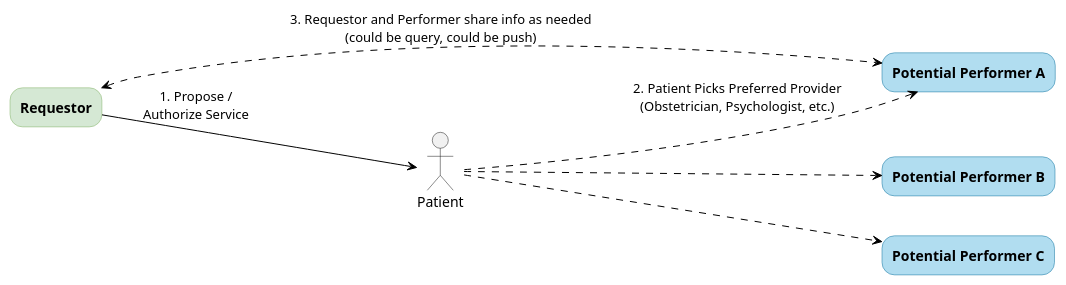
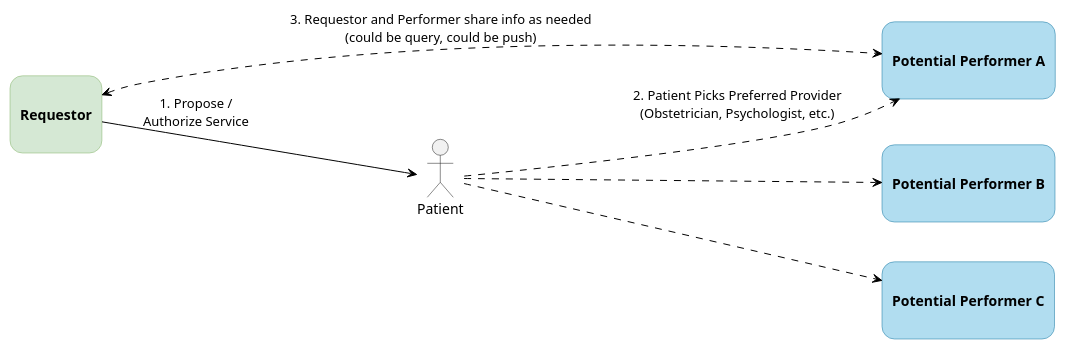
One commit to HL7/fhir-cow-ig changed the diagram in input/images-source/request-patient.plantuml. Above: the diagram before and after it, drawn with PlantUML. The commit also changed 5 other files, not shown here.

First line of the commit message:
Fulfiller Determination diagrams: taller boxes

```diff
--- a/input/images-source/request-patient.plantuml
+++ b/input/images-source/request-patient.plantuml
@@ -1,24 +1,24 @@
 @startuml request-patient
 skinparam svgDimensionStyle false
 skinparam defaultFontName Arial
 skinparam defaultTextAlignment center
 skinparam ArrowColor Black
 skinparam rectangle {
   RoundCorner 25
   FontStyle bold
 }
 skinparam nodesep 40
 skinparam ranksep 80
 left to right direction
 
-rectangle "Requestor" as PatR #d5e8d4;line:82b366
+rectangle "\nRequestor\n" as PatR #d5e8d4;line:82b366
 actor "Patient" as PatPt
-rectangle "Potential Performer A" as PatA #b1ddf0;line:10739e
-rectangle "Potential Performer B" as PatB #b1ddf0;line:10739e
-rectangle "Potential Performer C" as PatC #b1ddf0;line:10739e
+rectangle "\nPotential Performer A\n" as PatA #b1ddf0;line:10739e
+rectangle "\nPotential Performer B\n" as PatB #b1ddf0;line:10739e
+rectangle "\nPotential Performer C\n" as PatC #b1ddf0;line:10739e
 PatR --> PatPt : 1. Propose /\nAuthorize Service
 PatPt ..> PatA : 2. Patient Picks Preferred Provider\n(Obstetrician, Psychologist, etc.)
 PatPt ..> PatB
 PatPt ..> PatC
 PatR <..> PatA : 3. Requestor and Performer share info as needed\n(could be query, could be push)
 @enduml
```
